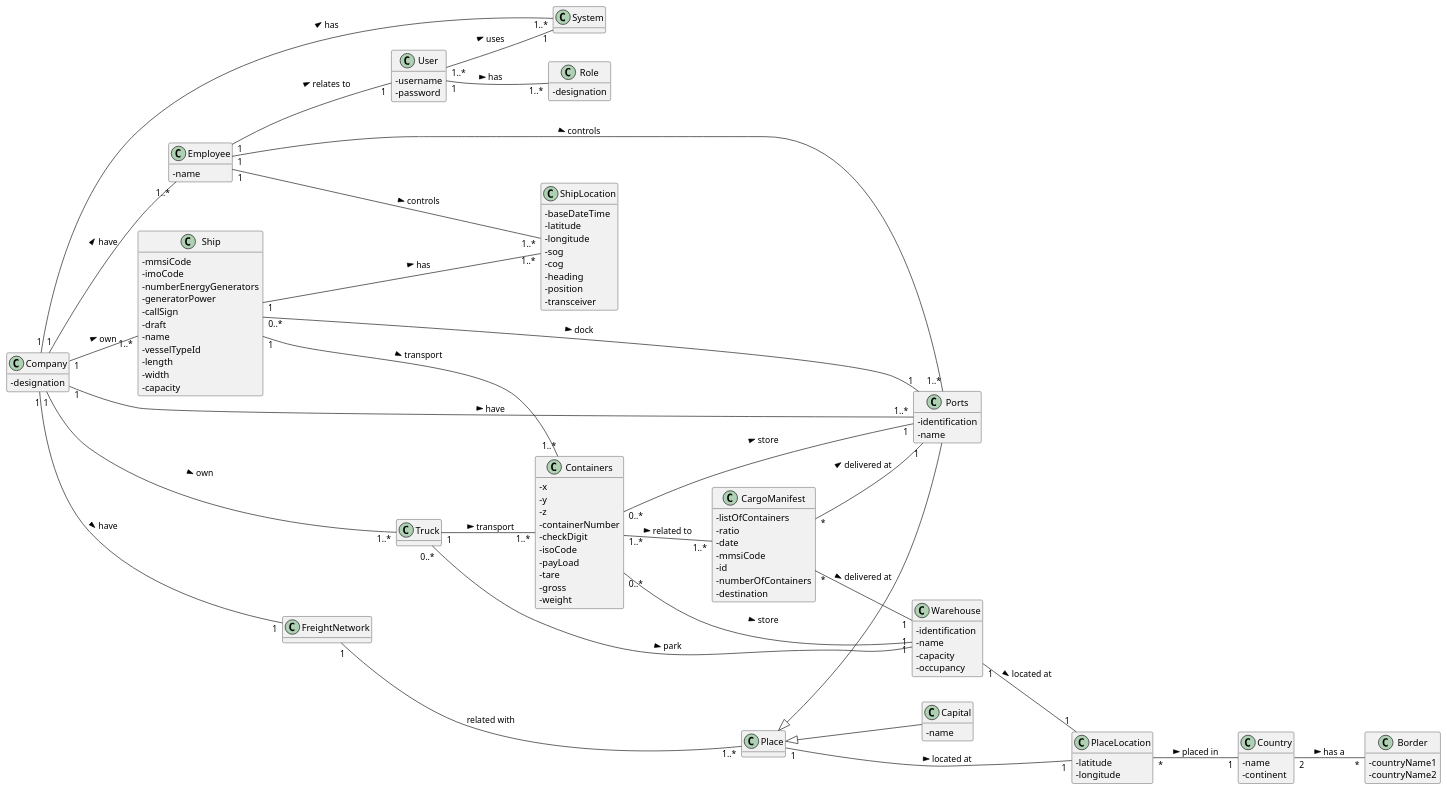
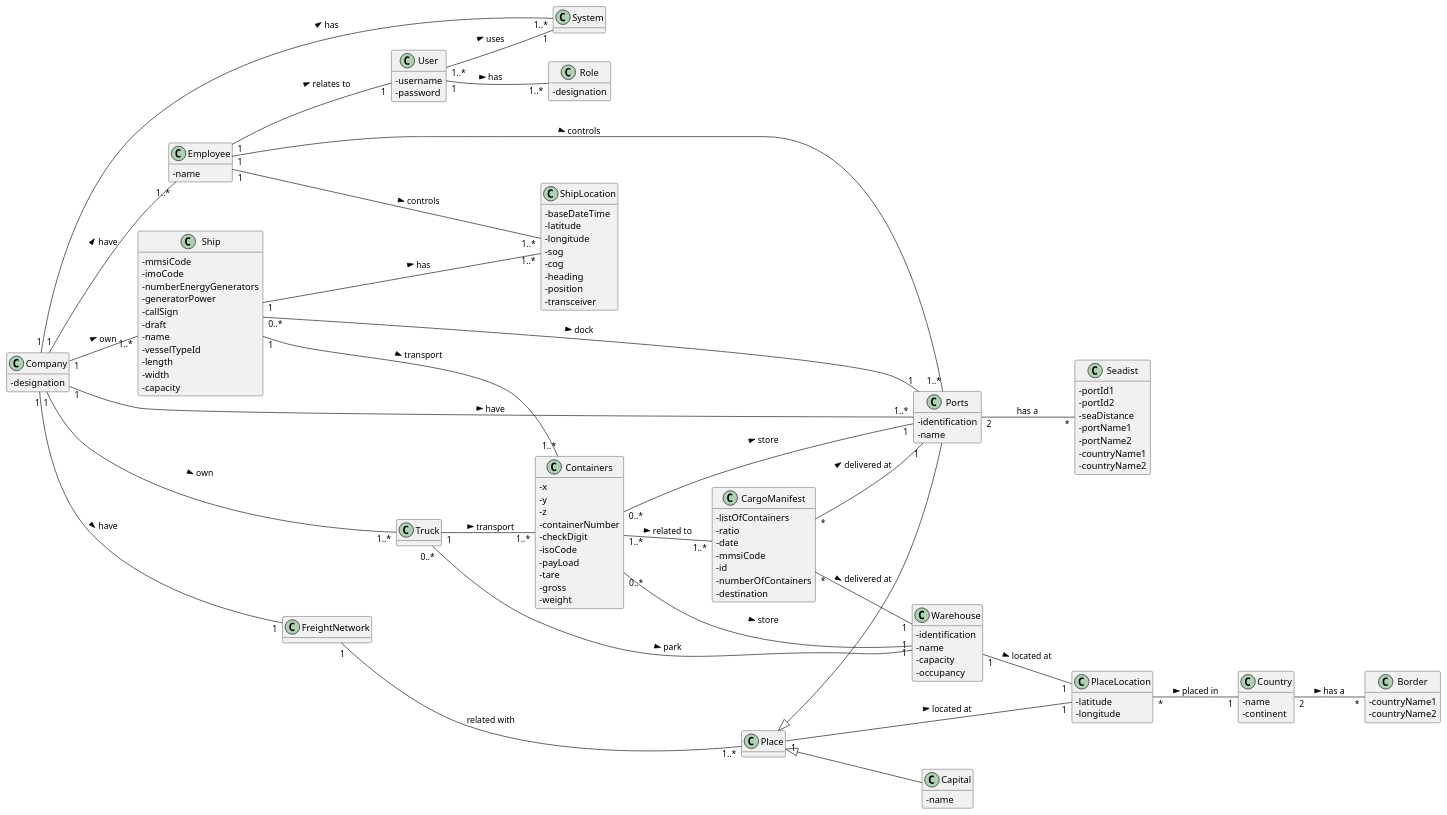
One commit to 0franciscor/lapr3-2021-g042 changed the diagram in docs/DM.puml. Above: the diagram before and after it, drawn with PlantUML. The commit also changed 3 other files, not shown here.

```diff
--- a/docs/DM.puml
+++ b/docs/DM.puml
@@ -1,160 +1,170 @@
 @startuml
 'https://plantuml.com/class-diagram
 
 hide methods
 left to right direction
 skinparam classAttributeIconSize 0
 
 class Company {
 -designation
 }
 
 class Employee {
 -name
 }
 
 class Containers {
 -x
 -y
 -z
 -containerNumber
 -checkDigit
 -isoCode
 -payLoad
 -tare
 -gross
 -weight
 }
 
 class CargoManifest {
 -listOfContainers
 -ratio
 -date
 -mmsiCode
 -id
 -numberOfContainers
 -destination
 }
 
 class Ship {
 -mmsiCode
 -imoCode
 -numberEnergyGenerators
 -generatorPower
 -callSign
 -draft
 -name
 -vesselTypeId
 -length
 -width
 -capacity
 }
 
 
 
 class Ports {
 -identification
 -name
 }
 
 class Truck {
 
 }
 
 class Warehouse {
 -identification
 -name
 -capacity
 -occupancy
 }
 
 class Country {
 -name
 -continent
 }
 
 class PlaceLocation {
 -latitude
 -longitude
 }
 
 class ShipLocation {
 -baseDateTime
 -latitude
 -longitude
 -sog
 -cog
 -heading
 -position
 -transceiver
 }
 
 class User{
 -username
 -password
 }
 
 class Role{
 -designation
 }
 
 class Capital{
 -name
 }
 
 class Place {
 
 }
 
 class Border {
 -countryName1
 -countryName2
 }
 
 class FreightNetwork {
 }
 
+class Seadist {
+-portId1
+-portId2
+-seaDistance
+-portName1
+-portName2
+-countryName1
+-countryName2
+}
+
 CargoManifest "*" -- "1" Ports : delivered at >
 CargoManifest "*" -- "1" Warehouse : delivered at >
 
 Company "1"--"1..*" Ship: own >
 Company "1" - "1..*" System : has >
 Company "1"--"1..*" Employee: have >
 Company "1"--"1..*" Truck: own >
 Company "1"--"1..*" Ports: have >
 Company "1"--"1" FreightNetwork: have >
 
 Containers "1..*"--"1..*" CargoManifest: related to >
 Containers "0..*"--"1" Ports: store >
 Containers "0..*"--"1" Warehouse: store >
 
 Country "2" -- "*" Border : has a >
 
 Place <|-- Ports
 Place <|-- Capital
 
 PlaceLocation "*" -- "1" Country : placed in >
 
 Place "1" -- "1" PlaceLocation : located at >
 
 Ship "1"---"1..*" Containers : transport >
 Ship "0..*"--"1" Ports: dock >
 Ship "1" -- "1..*" ShipLocation : has >
 
 Employee "1" --- "1..*" ShipLocation : controls >
 Employee "1" -- "1" User : relates to >
 Employee "1" --- "1..*" Ports : controls >
 
 Truck "1"--"1..*" Containers : transport >
 Truck "0..*"--"1" Warehouse: park >
 
 User "1..*" -- "1" System : uses >
 User "1" -- "1..*" Role : has >
 
 Warehouse "1" -- "1" PlaceLocation : located at >
 FreightNetwork "1" -- "1..*" Place : related with
 
-
+Ports "2"--"*" Seadist: has a
 
 
 @enduml
```
